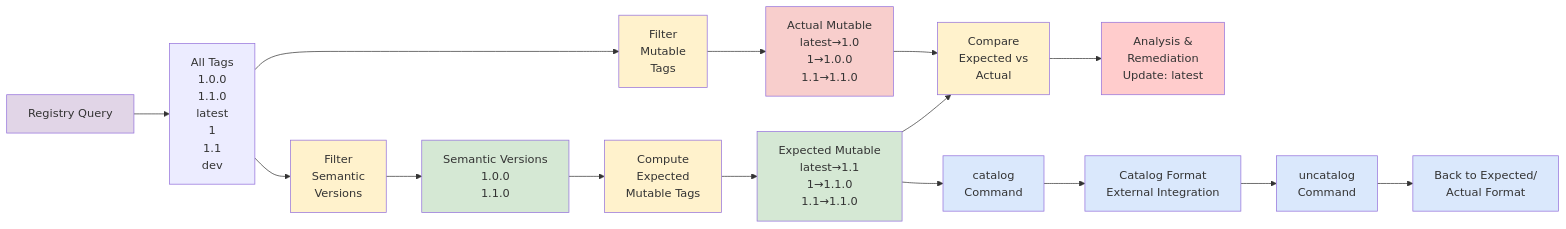
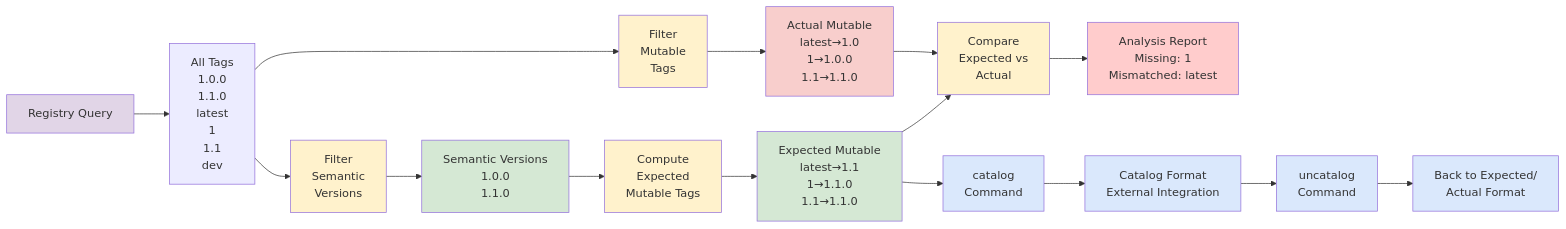
The diagram in README.md (TonyCTHsu/equilibrium), drawn with Mermaid before and after one commit. The commit also changed other lines of this file and 2 other files, not shown here.

````diff
--- a/README.md
+++ b/README.md
@@ -40,38 +40,38 @@
 ```mermaid
 flowchart LR
     A[Registry Query] --> B[All Tags<br/>1.0.0<br/>1.1.0<br/>latest<br/>1<br/>1.1<br/>dev]
 
     B --> C[Filter<br/>Semantic<br/>Versions]
     B --> D[Filter<br/>Mutable<br/>Tags]
 
     C --> E[Semantic Versions<br/>1.0.0<br/>1.1.0]
     D --> F[Actual Mutable<br/>latest→1.0<br/>1→1.0.0<br/>1.1→1.1.0]
 
     E --> G[Compute<br/>Expected<br/>Mutable Tags]
     G --> H[Expected Mutable<br/>latest→1.1<br/>1→1.1.0<br/>1.1→1.1.0]
 
     H --> I[Compare<br/>Expected vs<br/>Actual]
     F --> I
 
-    I --> J[Analysis &<br/>Remediation<br/>Update: latest]
+    I --> J[Analysis Report<br/>Missing: 1<br/>Mismatched: latest]
 
     H --> K[catalog<br/>Command]
     K --> L[Catalog Format<br/>External Integration]
     L --> M[uncatalog<br/>Command]
     M --> N[Back to Expected/<br/>Actual Format]
 
     classDef source fill:#e1d5e7
     classDef process fill:#fff2cc
     classDef expected fill:#d5e8d4
     classDef actual fill:#f8cecc
     classDef result fill:#ffcccc
     classDef catalog fill:#dae8fc
 
     class A source
     class C,D,G,I process
     class E,H expected
     class F actual
     class J result
     class K,M catalog
     class L,N catalog
 ```
````
